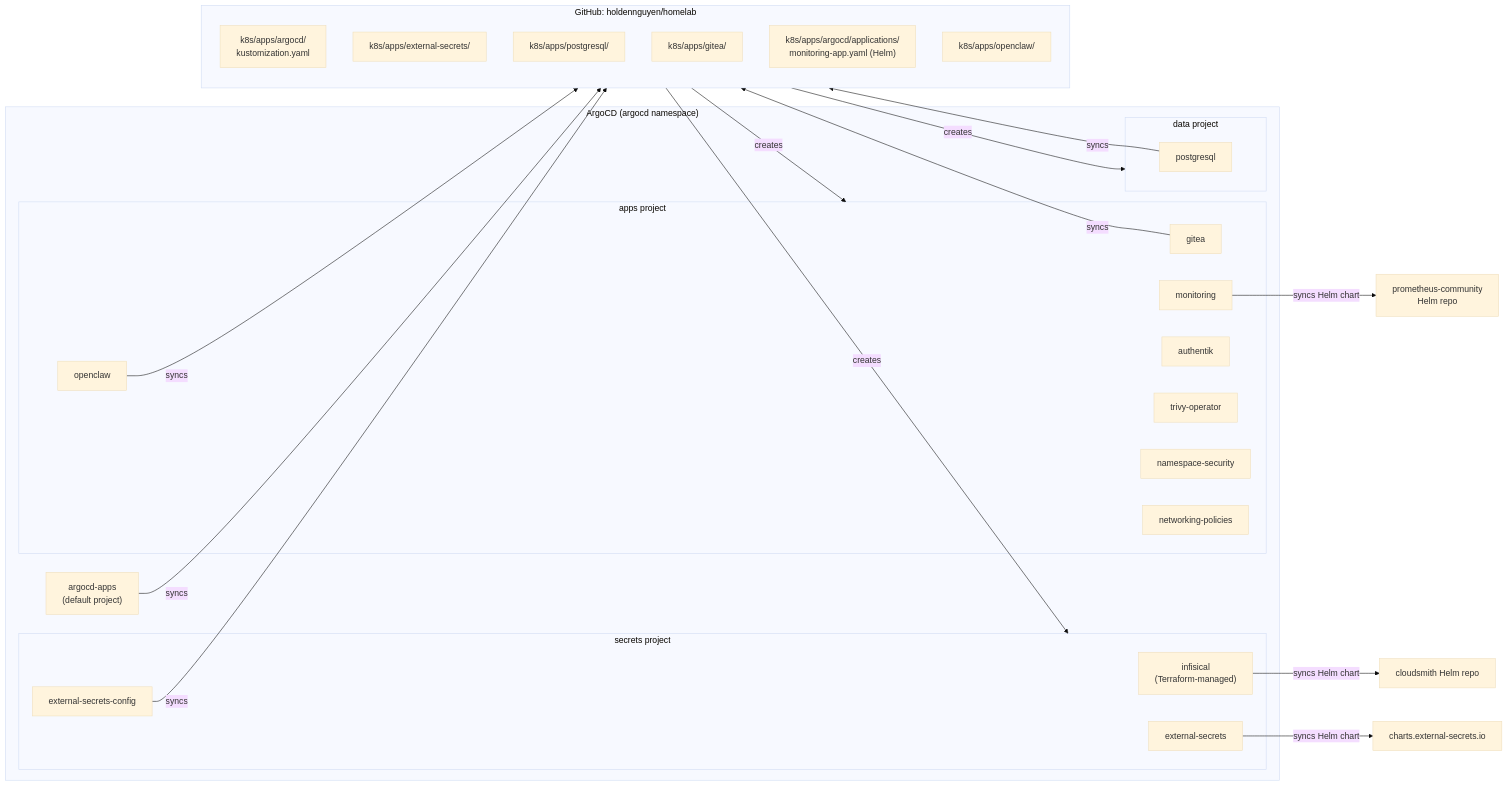
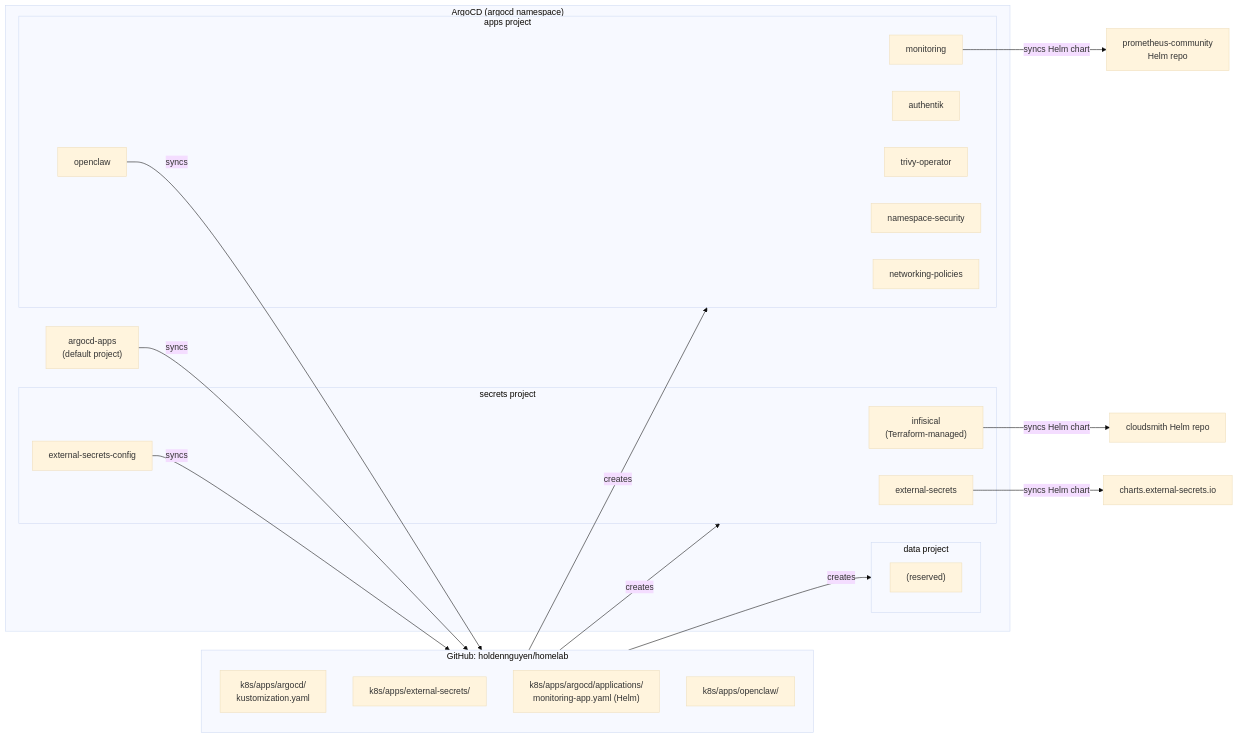
One commit to haingth77/homelab changed the second of 4 diagrams in docs/architecture.md. Above: the diagram before and after it, drawn with Mermaid (base theme). The commit also changed other lines of this file and 38 other files, not shown here.

````diff
--- a/docs/architecture.md
+++ b/docs/architecture.md
@@ -80,49 +71,44 @@
 ```mermaid
 flowchart LR
     subgraph git["GitHub: holdennguyen/homelab"]
         direction TB
         RootDir["k8s/apps/argocd/\nkustomization.yaml"]
         ESDir["k8s/apps/external-secrets/"]
-        PGDir["k8s/apps/postgresql/"]
-        GiteaDir["k8s/apps/gitea/"]
         MonDir["k8s/apps/argocd/applications/\nmonitoring-app.yaml (Helm)"]
         OCDir["k8s/apps/openclaw/"]
     end
 
     subgraph argocd["ArgoCD (argocd namespace)"]
         RootApp["argocd-apps\n(default project)"]
 
         subgraph secretsProj["secrets project"]
             InfisicalApp["infisical\n(Terraform-managed)"]
             ESOApp["external-secrets"]
             ESCApp["external-secrets-config"]
         end
 
         subgraph dataProj["data project"]
-            PGApp["postgresql"]
+            DataPlaceholder["(reserved)"]
         end
 
         subgraph appsProj["apps project"]
-            GiteaApp["gitea"]
             MonApp["monitoring"]
             AuthApp["authentik"]
             OCApp["openclaw"]
             TrivyApp["trivy-operator"]
             NSApp["namespace-security"]
             NPApp["networking-policies"]
         end
     end
 
     RootApp -- "syncs" --> RootDir
     RootDir -- "creates" --> secretsProj
     RootDir -- "creates" --> dataProj
     RootDir -- "creates" --> appsProj
 
     ESOApp -- "syncs Helm chart" --> ESOChart["charts.external-secrets.io"]
     ESCApp -- "syncs" --> ESDir
-    PGApp -- "syncs" --> PGDir
-    GiteaApp -- "syncs" --> GiteaDir
     MonApp -- "syncs Helm chart" --> MonChart["prometheus-community\nHelm repo"]
     OCApp -- "syncs" --> OCDir
     InfisicalApp -- "syncs Helm chart" --> InfisicalChart["cloudsmith Helm repo"]
 ```
````
